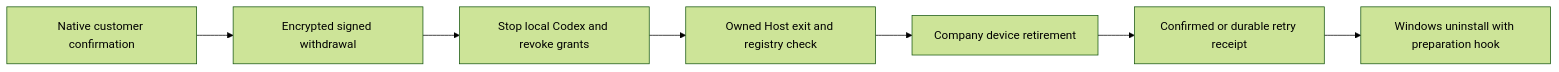
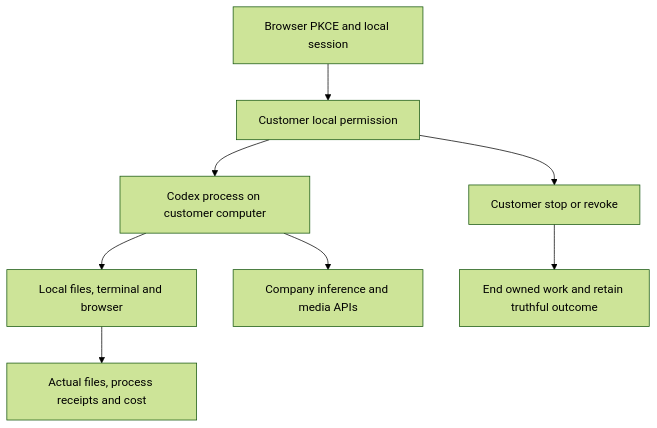
One commit to copypasteltd/workmate changed the diagram in README.en.md. Above: the diagram before and after it, drawn with Mermaid (forest theme). The commit also changed other lines of this file and 22 other files, not shown here.

Commit message:
fix: enforce customer-local desktop execution boundaries

````diff
--- a/README.en.md
+++ b/README.en.md
@@ -112,9 +32,10 @@
 ```mermaid
-flowchart LR
-  Customer[Native customer confirmation] --> Outbox[Encrypted signed withdrawal]
-  Outbox --> Stop[Stop local Codex and revoke grants]
-  Stop --> Host[Owned Host exit and registry check]
-  Host --> Company[Company device retirement]
-  Company --> Receipt[Confirmed or durable retry receipt]
-  Receipt --> Windows[Windows uninstall with preparation hook]
+flowchart TD
+  Login[Browser PKCE and local session] --> Grant[Customer local permission]
+  Grant --> Codex[Codex process on customer computer]
+  Codex --> Local[Local files, terminal and browser]
+  Codex --> Company[Company inference and media APIs]
+  Local --> Receipt[Actual files, process receipts and cost]
+  Grant --> Revoke[Customer stop or revoke]
+  Revoke --> Cleanup[End owned work and retain truthful outcome]
 ```
````
